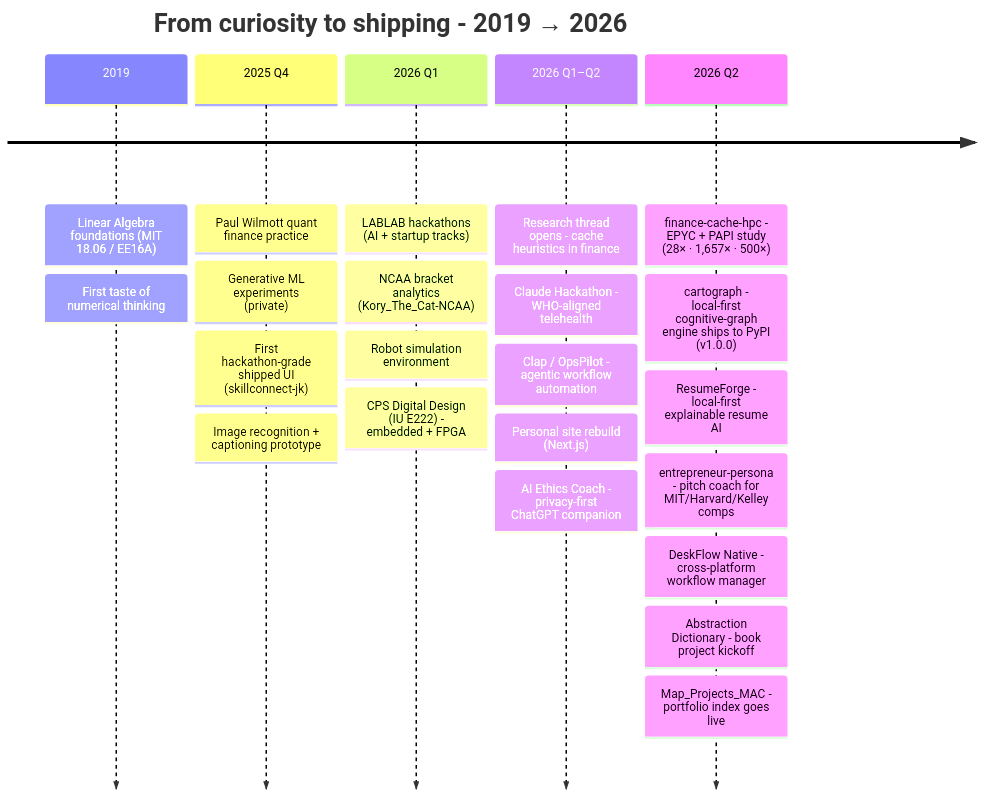
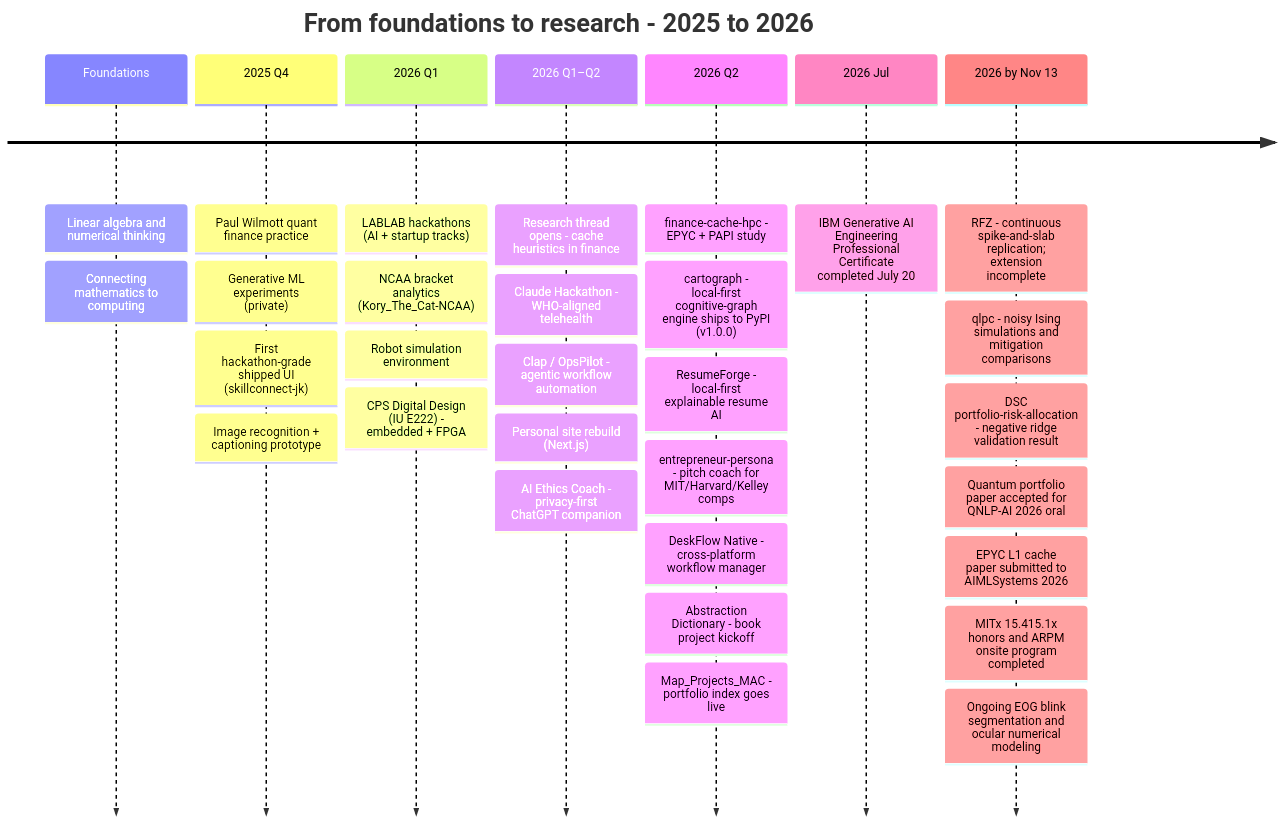
The diagram in README.md (pbathuri/pbathuri), drawn with Mermaid before and after one commit. The commit also changed other lines of this file, not shown here.

First line of the commit message:
Keep the public profile aligned with current research evidence

````diff
--- a/README.md
+++ b/README.md
@@ -99,26 +102,34 @@
 ```mermaid
 timeline
-    title From curiosity to shipping - 2019 → 2026
-    2019 : Linear Algebra foundations (MIT 18.06 / EE16A)
-         : First taste of numerical thinking
+    title From foundations to research - 2025 to 2026
+    Foundations : Linear algebra and numerical thinking
+                : Connecting mathematics to computing
     2025 Q4 : Paul Wilmott quant finance practice
             : Generative ML experiments (private)
             : First hackathon-grade shipped UI (skillconnect-jk)
             : Image recognition + captioning prototype
     2026 Q1 : LABLAB hackathons (AI + startup tracks)
             : NCAA bracket analytics (Kory_The_Cat-NCAA)
             : Robot simulation environment
             : CPS Digital Design (IU E222) - embedded + FPGA
     2026 Q1–Q2 : Research thread opens - cache heuristics in finance
                : Claude Hackathon - WHO-aligned telehealth
                : Clap / OpsPilot - agentic workflow automation
                : Personal site rebuild (Next.js)
                : AI Ethics Coach - privacy-first ChatGPT companion
-    2026 Q2 : finance-cache-hpc - EPYC + PAPI study (28× · 1,657× · 500×)
+    2026 Q2 : finance-cache-hpc - EPYC + PAPI study
             : cartograph - local-first cognitive-graph engine ships to PyPI (v1.0.0)
             : ResumeForge - local-first explainable resume AI
             : entrepreneur-persona - pitch coach for MIT/Harvard/Kelley comps
             : DeskFlow Native - cross-platform workflow manager
             : Abstraction Dictionary - book project kickoff
             : Map_Projects_MAC - portfolio index goes live
+    2026 Jul : IBM Generative AI Engineering Professional Certificate completed July 20
+    2026 by Nov 13 : RFZ - continuous spike-and-slab replication; extension incomplete
+                   : qlpc - noisy Ising simulations and mitigation comparisons
+                   : DSC portfolio-risk-allocation - negative ridge validation result
+                   : Quantum portfolio paper accepted for QNLP-AI 2026 oral
+                   : EPYC L1 cache paper submitted to AIMLSystems 2026
+                   : MITx 15.415.1x honors and ARPM onsite program completed
+                   : Ongoing EOG blink segmentation and ocular numerical modeling
 ```
````
